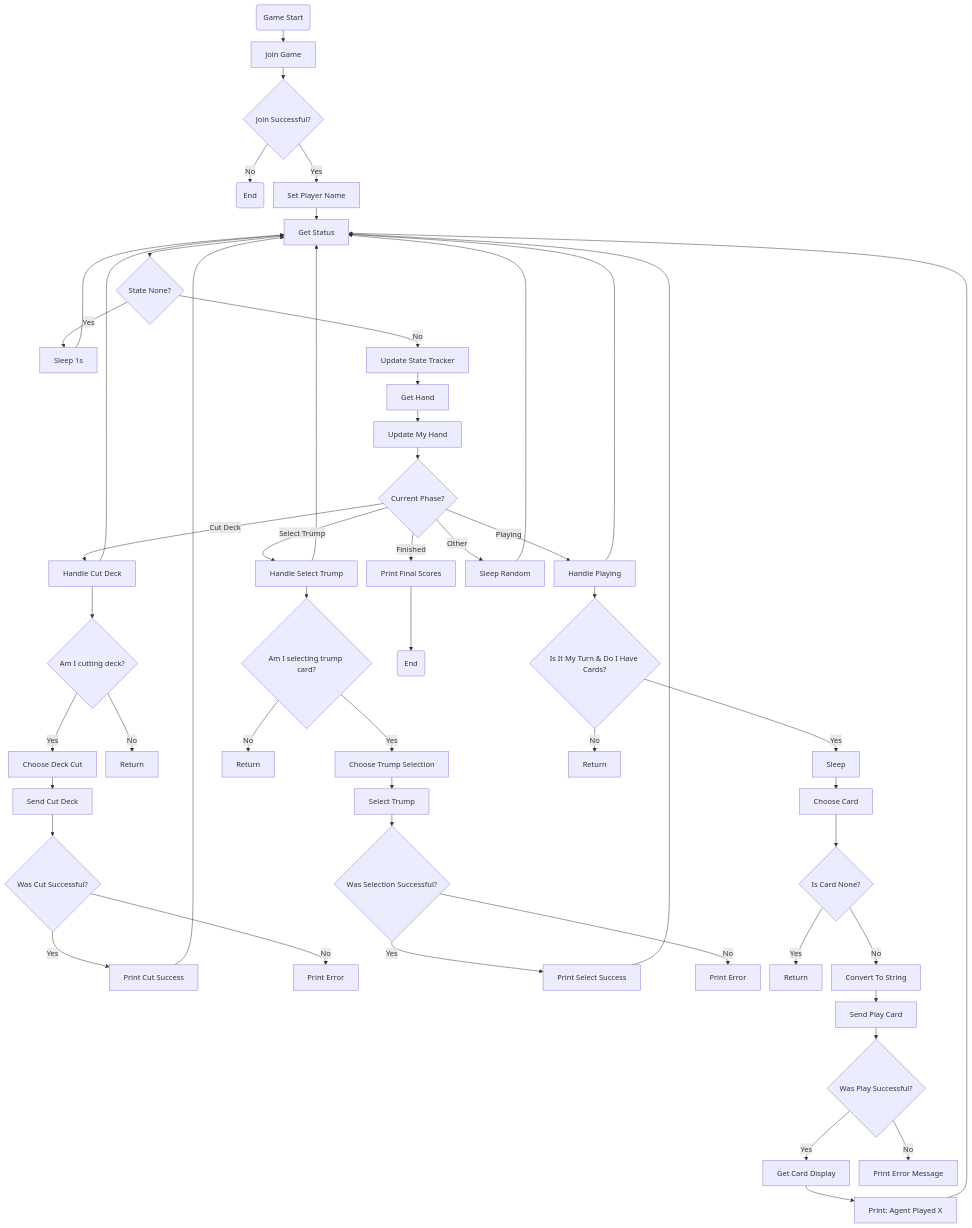
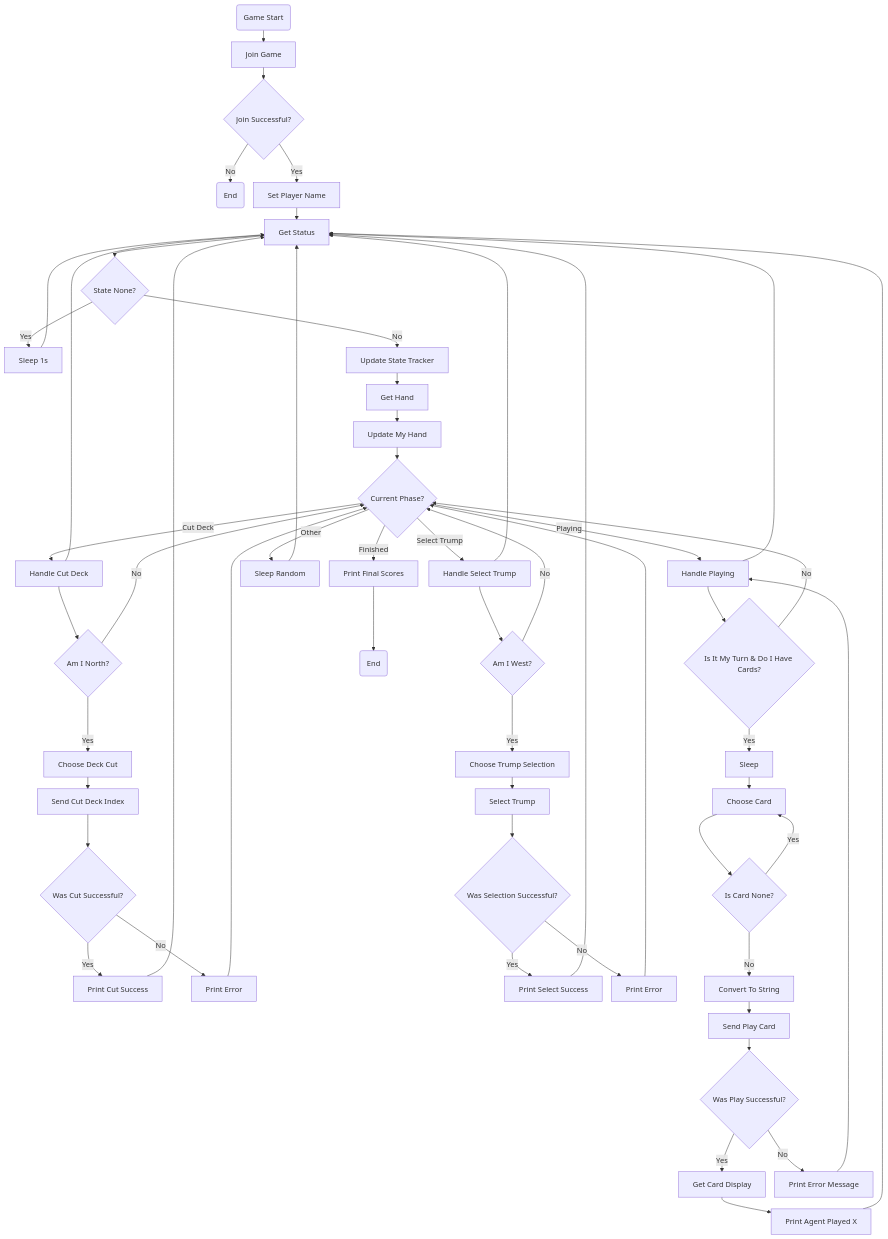
Before and after one commit to PEI09-25-26/Sueca: the diagram in Docs/fluxograms/dumb-agent-workflow.md, drawn with Mermaid. The commit also changed other lines of this file, not shown here.

Commit message:
## [0.2.3] - 2026-03-13 **Branch:** `agent-fluxograms`
**Contributors:**
- #3, contributed by **Daniel Martins - 115868 - Backend Developer**

---

### Added
#### Folders
- None

#### Files
- None

---

### Changed
#### Folders
- None

#### Files
- **dumb-agent-workflow**: Removed `return` statements from the fluxogram
---

### Removed
#### Folders
- None

#### Files
- None

---

### Notes
- None

````diff
--- a/Docs/fluxograms/dumb-agent-workflow.md
+++ b/Docs/fluxograms/dumb-agent-workflow.md
@@ -3,67 +2,70 @@
 ```mermaid
 %%{init: {'flowchart': {'nodeSpacing': 20, 'rankSpacing': 25}}}%%
 flowchart TD
 
 A(Game Start) --> B[Join Game]
 B --> C{Join Successful?}
 C -->|No| D(End)
 C -->|Yes| E[Set Player Name]
 
 E --> F[Get Status]
 F --> G{State None?}
 G -->|Yes| H[Sleep 1s]
 H --> F
 G -->|No| I[Update State Tracker]
 
 I --> J[Get Hand]
 J --> K[Update My Hand]
 K --> L{Current Phase?}
 
 L -->|Cut Deck| M[Handle Cut Deck]
-M -->N{Am I cutting deck?}
+M -->N{Am I North?}
 N -->|Yes|O[Choose Deck Cut]
-O -->W[Send Cut Deck]
+O -->W[Send Cut Deck Index]
 W -->X{Was Cut Successful?}
 X -->|Yes|Y[Print Cut Success]
 Y --> F
 X -->|No|Z[Print Error]
-N -->|No|V[Return]
+Z -->L
+N -->|No|L
 
 
 L -->|Select Trump| P[Handle Select Trump]
-P -->A1{Am I selecting trump card?}
+P -->A1{Am I West?}
 A1 --> |Yes|C1[Choose Trump Selection]
-A1 --> |No|B1[Return]
+A1 --> |No|L
 C1 --> D1[Select Trump]
 D1 --> E1{Was Selection Successful?}
 E1 --> |Yes| F1[Print Select Success]
 F1 --> F
 E1 --> |No| G1[Print Error]
+G1 --> L
 
 
 
 L -->|Playing| R[Handle Playing]
 R --> H1{Is It My Turn & Do I Have Cards?}
 H1 -->|Yes| I1[Sleep]
-H1 -->|No| J1[Return]
+H1 -->|No| L
 I1 --> K1[Choose Card]
 K1 --> L1{Is Card None?}
-L1 -->|Yes|M1[Return]
+L1 -->|Yes|K1
 L1 -->|No|N1[Convert To String]
 N1 -->O1[Send Play Card]
 O1 -->P1{Was Play Successful?}
 P1 -->|Yes|Q1[Get Card Display]
-Q1 -->R1["Print: Agent Played X"]
+Q1 -->R1[Print Agent Played X]
 R1 -->F
 P1 -->|No|T1[Print Error Message]
+T1 -->R
 
 
 L -->|Finished| T[Print Final Scores]
 T --> S3(End)
 L -->|Other| U[Sleep Random]
 
 M --> F
 P --> F
 R --> F
 U --> F
 ```
````
